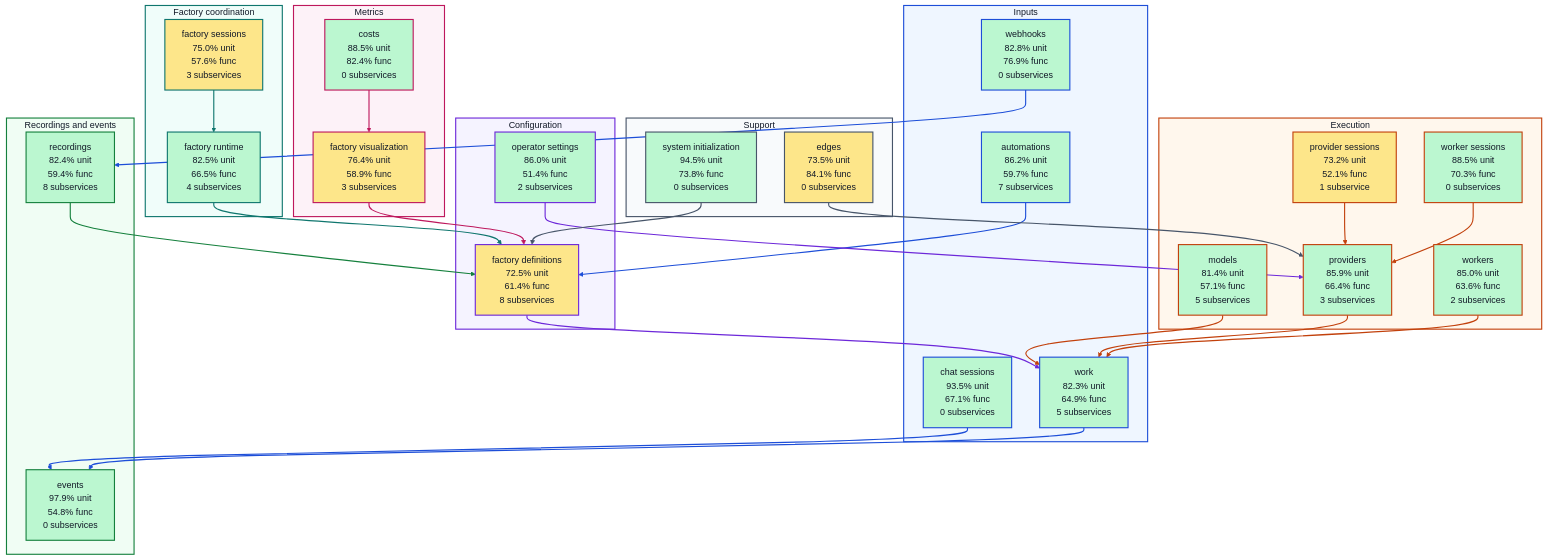
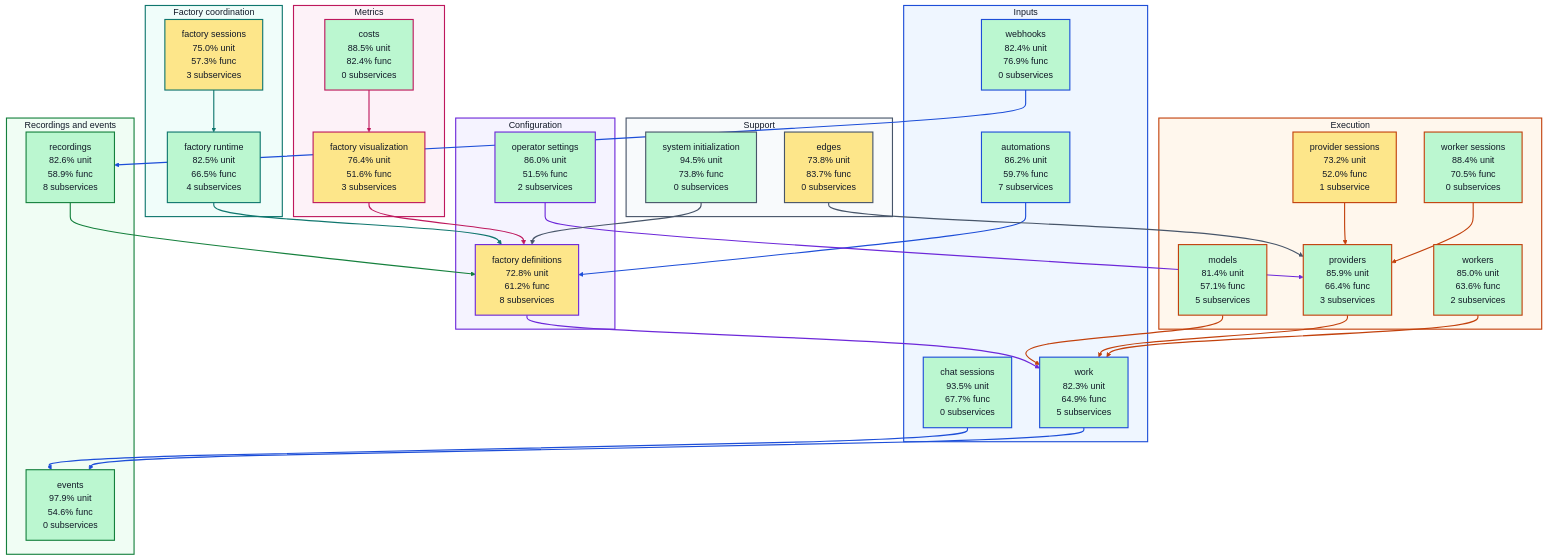
The diagram in docs/architecture/visualizations/high-level-test-coverage.md (portpowered/you-agent-factory), drawn with Mermaid (forest theme) before and after one commit. The commit also changed other lines of this file and 20 other files, not shown here.

Commit message:
docs: refresh backend architecture visualizations

```diff
--- a/docs/architecture/visualizations/high-level-test-coverage.md
+++ b/docs/architecture/visualizations/high-level-test-coverage.md
@@ -12,35 +12,35 @@
 flowchart TB
   subgraph input["Inputs"]
     s_services_automations["automations<br/>86.2% unit<br/>59.7% func<br/>7 subservices"]
-    s_services_chat_sessions["chat sessions<br/>93.5% unit<br/>67.1% func<br/>0 subservices"]
-    s_services_webhooks["webhooks<br/>82.8% unit<br/>76.9% func<br/>0 subservices"]
+    s_services_chat_sessions["chat sessions<br/>93.5% unit<br/>67.7% func<br/>0 subservices"]
+    s_services_webhooks["webhooks<br/>82.4% unit<br/>76.9% func<br/>0 subservices"]
     s_services_work["work<br/>82.3% unit<br/>64.9% func<br/>5 subservices"]
   end
   subgraph configuration["Configuration"]
-    s_services_factory_definitions["factory definitions<br/>72.5% unit<br/>61.4% func<br/>8 subservices"]
-    s_services_operator_settings["operator settings<br/>86.0% unit<br/>51.4% func<br/>2 subservices"]
+    s_services_factory_definitions["factory definitions<br/>72.8% unit<br/>61.2% func<br/>8 subservices"]
+    s_services_operator_settings["operator settings<br/>86.0% unit<br/>51.5% func<br/>2 subservices"]
   end
   subgraph coordination["Factory coordination"]
     s_services_factory_runtime["factory runtime<br/>82.5% unit<br/>66.5% func<br/>4 subservices"]
-    s_services_factory_sessions["factory sessions<br/>75.0% unit<br/>57.6% func<br/>3 subservices"]
+    s_services_factory_sessions["factory sessions<br/>75.0% unit<br/>57.3% func<br/>3 subservices"]
   end
   subgraph execution["Execution"]
     s_services_models["models<br/>81.4% unit<br/>57.1% func<br/>5 subservices"]
-    s_services_provider_sessions["provider sessions<br/>73.2% unit<br/>52.1% func<br/>1 subservice"]
+    s_services_provider_sessions["provider sessions<br/>73.2% unit<br/>52.0% func<br/>1 subservice"]
     s_services_providers["providers<br/>85.9% unit<br/>66.4% func<br/>3 subservices"]
-    s_services_worker_sessions["worker sessions<br/>88.5% unit<br/>70.3% func<br/>0 subservices"]
+    s_services_worker_sessions["worker sessions<br/>88.4% unit<br/>70.5% func<br/>0 subservices"]
     s_services_workers["workers<br/>85.0% unit<br/>63.6% func<br/>2 subservices"]
   end
   subgraph recordings["Recordings and events"]
-    s_services_events["events<br/>97.9% unit<br/>54.8% func<br/>0 subservices"]
-    s_services_recordings["recordings<br/>82.4% unit<br/>59.4% func<br/>8 subservices"]
+    s_services_events["events<br/>97.9% unit<br/>54.6% func<br/>0 subservices"]
+    s_services_recordings["recordings<br/>82.6% unit<br/>58.9% func<br/>8 subservices"]
   end
   subgraph metrics["Metrics"]
     s_services_costs["costs<br/>88.5% unit<br/>82.4% func<br/>0 subservices"]
-    s_services_factory_visualization["factory visualization<br/>76.4% unit<br/>58.9% func<br/>3 subservices"]
+    s_services_factory_visualization["factory visualization<br/>76.4% unit<br/>51.6% func<br/>3 subservices"]
   end
   subgraph support["Support"]
-    s_services_edges["edges<br/>73.5% unit<br/>84.1% func<br/>0 subservices"]
+    s_services_edges["edges<br/>73.8% unit<br/>83.7% func<br/>0 subservices"]
     s_services_system_initialization["system initialization<br/>94.5% unit<br/>73.8% func<br/>0 subservices"]
   end
   s_services_automations --> s_services_factory_definitions
```
